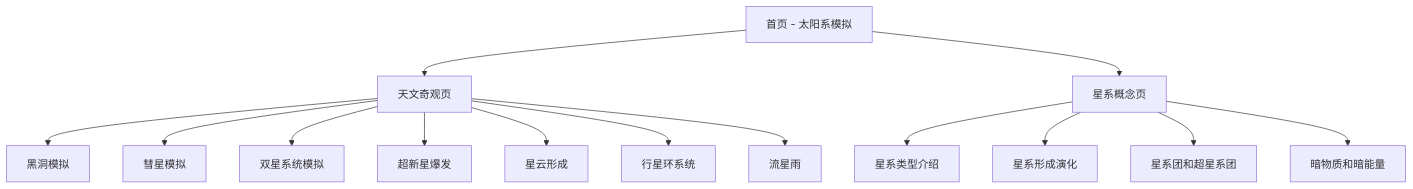
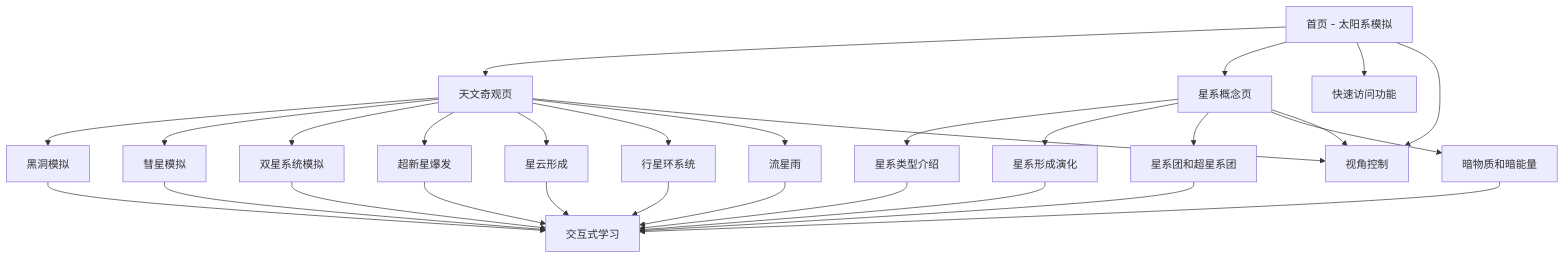
Before and after one commit to acupofsoul/tianyi-astro: the diagram in .trae/documents/spec.md, drawn with Mermaid. The commit also changed other lines of this file and 12510 other files, not shown here.

````diff
--- a/.trae/documents/spec.md
+++ b/.trae/documents/spec.md
@@ -41,16 +46,31 @@
 ```mermaid
 graph TD
   A[首页 - 太阳系模拟] --> B[天文奇观页]
   A --> C[星系概念页]
-  B --> D[黑洞模拟]
-  B --> E[彗星模拟]
-  B --> F[双星系统模拟]
-  B --> G[超新星爆发]
-  B --> H[星云形成]
-  B --> I[行星环系统]
-  B --> J[流星雨]
-  C --> K[星系类型介绍]
-  C --> L[星系形成演化]
-  C --> M[星系团和超星系团]
-  C --> N[暗物质和暗能量]
+  A --> D[快速访问功能]
+  B --> E[黑洞模拟]
+  B --> F[彗星模拟]
+  B --> G[双星系统模拟]
+  B --> H[超新星爆发]
+  B --> I[星云形成]
+  B --> J[行星环系统]
+  B --> K[流星雨]
+  C --> L[星系类型介绍]
+  C --> M[星系形成演化]
+  C --> N[星系团和超星系团]
+  C --> O[暗物质和暗能量]
+  E --> P[交互式学习]
+  F --> P
+  G --> P
+  H --> P
+  I --> P
+  J --> P
+  K --> P
+  L --> P
+  M --> P
+  N --> P
+  O --> P
+  A --> Q[视角控制]
+  B --> Q
+  C --> Q
 ```
````
